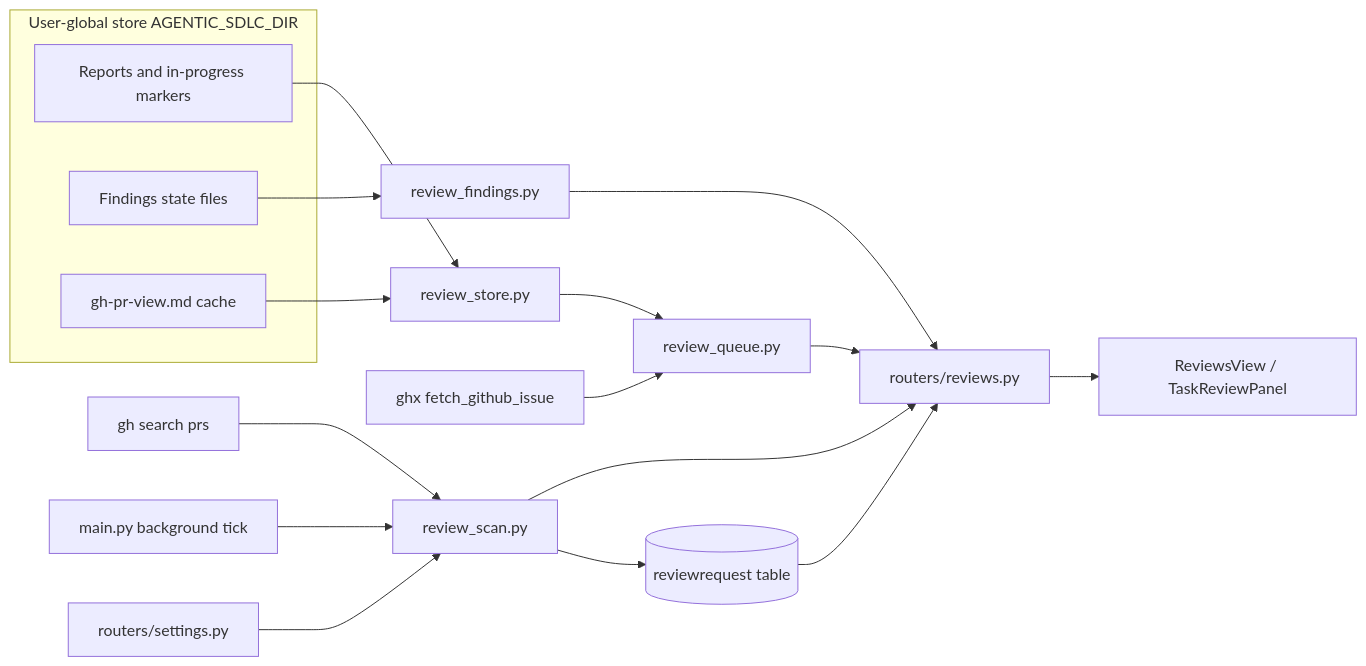
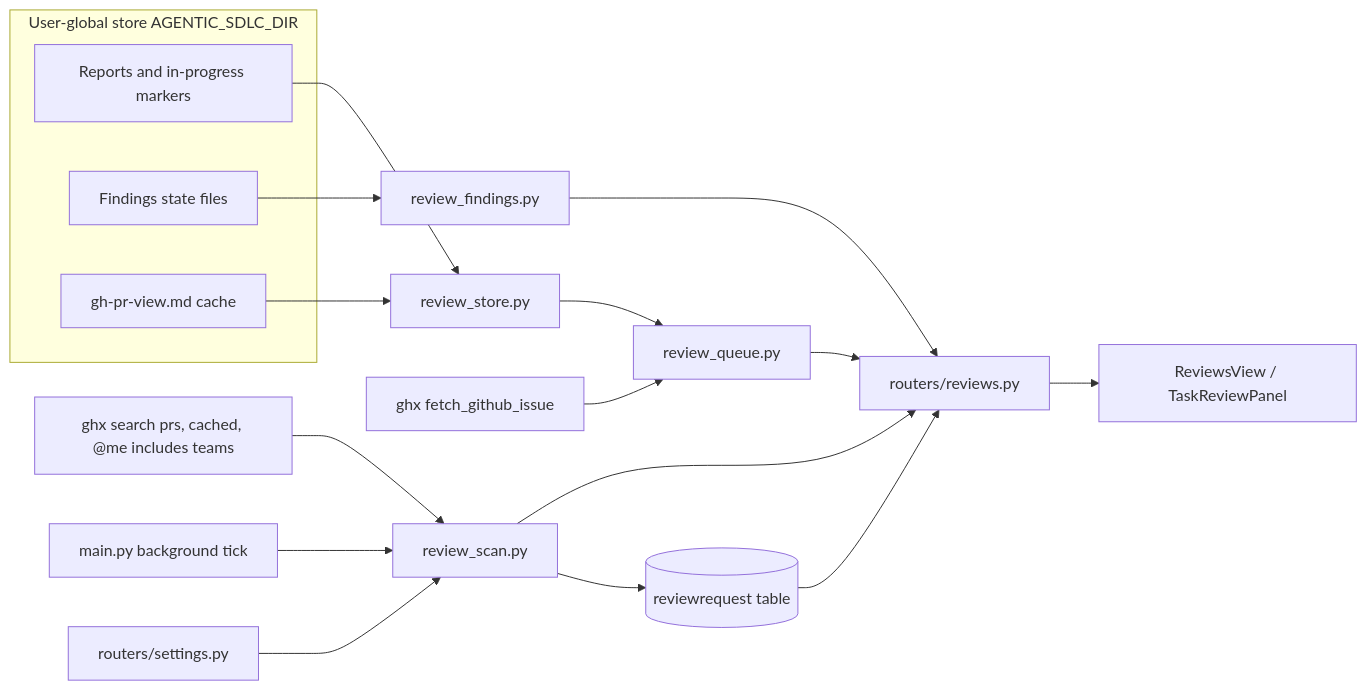
Before and after one commit to TomzxCode/agentic: the first of 4 diagrams in .sdlc/features/p22-review-queue/specification.md, drawn with Mermaid. The commit also changed other lines of this file and 24 other files, not shown here.

````diff
--- a/.sdlc/features/p22-review-queue/specification.md
+++ b/.sdlc/features/p22-review-queue/specification.md
@@ -18,22 +18,22 @@
 ```mermaid
 flowchart LR
     subgraph Store[User-global store AGENTIC_SDLC_DIR]
         R[Reports and in-progress markers]
         F[Findings state files]
         V[gh-pr-view.md cache]
     end
-    GH[gh search prs] --> S[review_scan.py]
+    GH[ghx search prs, cached, @me includes teams] --> S[review_scan.py]
     S --> DB[(reviewrequest table)]
     R --> RS[review_store.py]
     V --> RS
     RS --> RQ[review_queue.py]
     GX[ghx fetch_github_issue] --> RQ
     RQ --> API[routers/reviews.py]
     DB --> API
     S --> API
     F --> RF[review_findings.py]
     RF --> API
     API --> SPA[ReviewsView / TaskReviewPanel]
     TICK[main.py background tick] --> S
     SET[routers/settings.py] --> S
 ```
````
